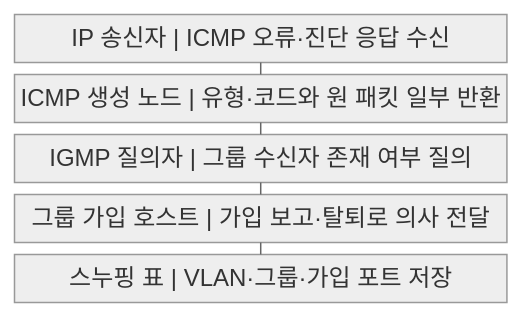
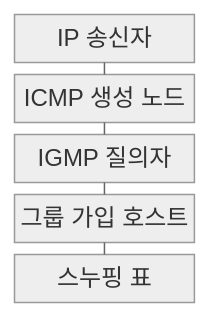
One commit to agnusdei1207/knowledge-base changed the first of 2 diagrams in src/content/docs/notes/04-network/014_icmp_igmp.md. Above: the diagram before and after it, drawn with Mermaid (neutral theme). The commit also changed other lines of this file and 122 other files, not shown here.

````diff
--- a/src/content/docs/notes/04-network/014_icmp_igmp.md
+++ b/src/content/docs/notes/04-network/014_icmp_igmp.md
@@ -61,13 +61,13 @@
 ```mermaid
-block
+block-beta
     columns 1
-    A["IP 송신자 | ICMP 오류·진단 응답 수신"]
-    B["ICMP 생성 노드 | 유형·코드와 원 패킷 일부 반환"]
-    C["IGMP 질의자 | 그룹 수신자 존재 여부 질의"]
-    D["그룹 가입 호스트 | 가입 보고·탈퇴로 의사 전달"]
-    E["스누핑 표 | VLAN·그룹·가입 포트 저장"]
+    A["IP 송신자"]
+    B["ICMP 생성 노드"]
+    C["IGMP 질의자"]
+    D["그룹 가입 호스트"]
+    E["스누핑 표"]
     A --- B
     B --- C
     C --- D
     D --- E
 ```
````
